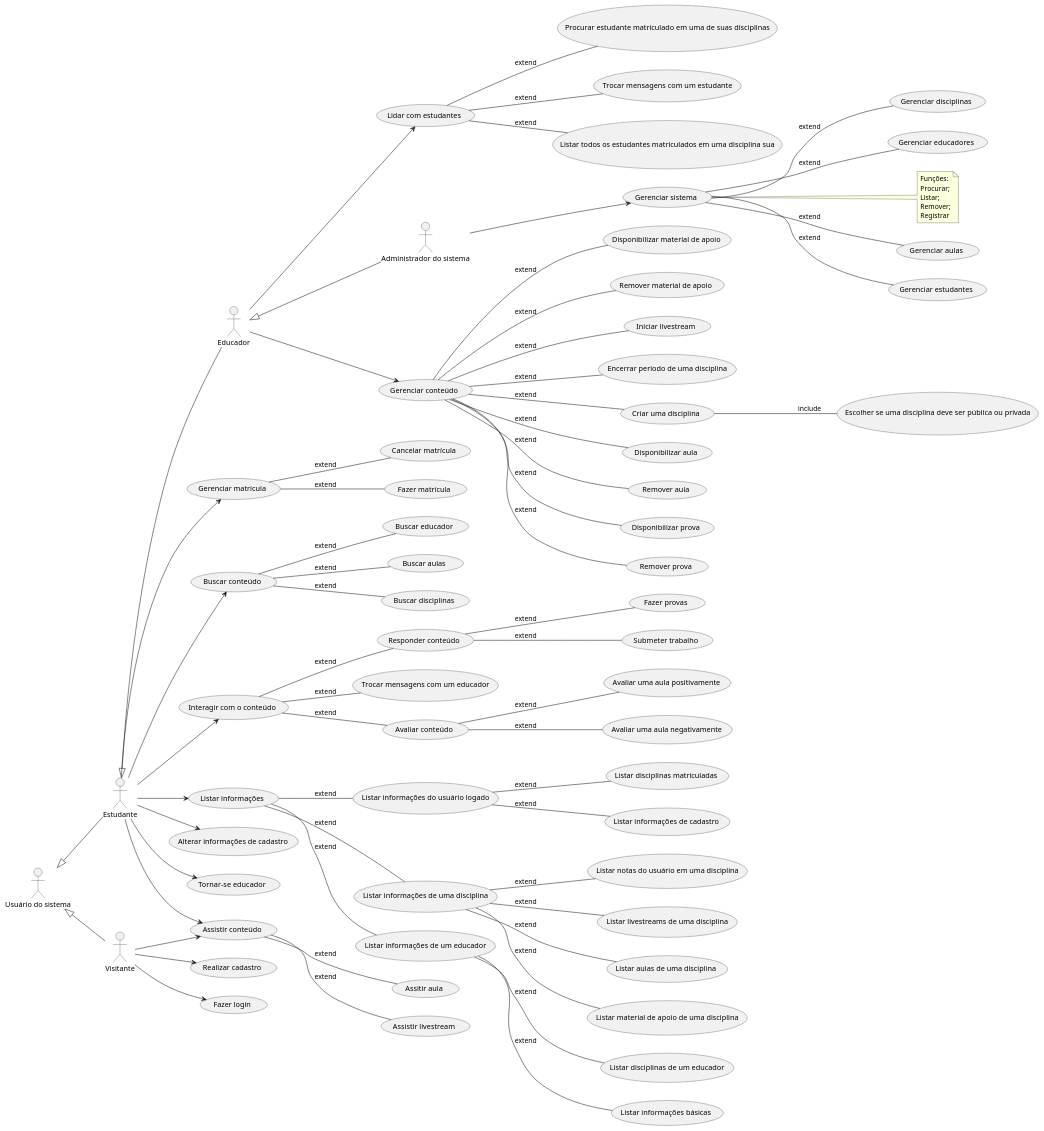
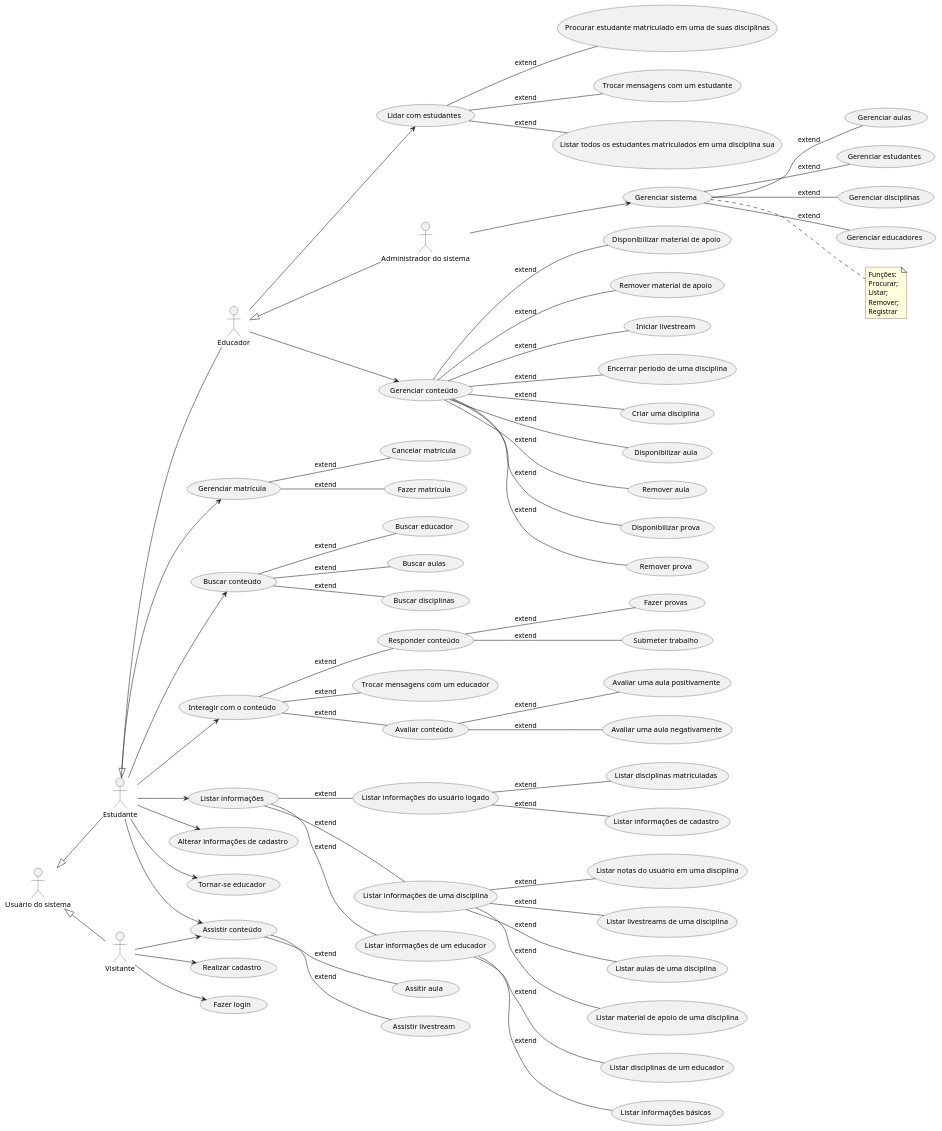
Before and after one commit to lucasg-mm/ensinet: the diagram in casos_de_uso/diagram.plantuml, drawn with PlantUML. The commit also changed 1 other file, not shown here.

Commit message:
Remove caso de uso 'escolher se deve se disciplina deve ser publica ou privada'

```diff
--- a/casos_de_uso/diagram.plantuml
+++ b/casos_de_uso/diagram.plantuml
@@ -1,151 +1,149 @@
 @startuml casos_de_uso
 left to right direction
 
 ' --Atores
 actor "Usuário do sistema" as sist_user
 actor "Visitante" as visitor
 actor "Estudante" as student
 actor "Educador" as prof
 actor "Administrador do sistema" as adm 
 
 ' --Heranças
 sist_user <|-- visitor
 sist_user <|-- student
 student <|-- prof
 prof <|-- adm
 
 ' --Casos de uso
 ' Componente de gestão
 usecase "Gerenciar aulas" as UC3
 usecase "Gerenciar estudantes" as UC4
 usecase "Gerenciar disciplinas" as UC6
 usecase "Gerenciar educadores" as UC7
 usecase "Gerenciar sistema" as UC8
-usecase "Escolher se uma disciplina deve ser pública ou privada" as UC9
 usecase "Encerrar período de uma disciplina" as UC11
 
 ' Componente de conteúdo
 usecase "Gerenciar conteúdo" as UC12
 usecase "Criar uma disciplina" as UC13
 usecase "Disponibilizar aula" as UC14
 usecase "Remover aula" as RUC14
 usecase "Disponibilizar prova" as UC15
 usecase "Remover prova" as RUC15
 usecase "Disponibilizar material de apoio" as UC16
 usecase "Remover material de apoio" as RUC16
 usecase "Iniciar livestream" as UC17
 
 ' Componente de usuário
 usecase "Gerenciar matrícula" as UC18
 usecase "Buscar conteúdo" as UC19
 usecase "Assistir conteúdo" as UC20
 usecase "Interagir com o conteúdo" as UC22
 usecase "Listar informações" as UC23
 usecase "Fazer matrícula" as UC24
 usecase "Cancelar matrícula" as UC25
 usecase "Buscar aulas" as UC26
 usecase "Buscar disciplinas" as UC27
 usecase "Buscar educador" as UC28
 usecase "Assitir aula" as UC29
 usecase "Assistir livestream" as UC30
 usecase "Avaliar uma aula positivamente" as UC31
 usecase "Avaliar uma aula negativamente" as UC32
 usecase "Trocar mensagens com um educador" as UC34
 usecase "Fazer provas" as UC35
 usecase "Listar aulas de uma disciplina" as UC36
 usecase "Listar disciplinas de um educador" as UC37
 usecase "Listar disciplinas matriculadas" as UC38
 usecase "Listar material de apoio de uma disciplina" as UC39
 usecase "Listar notas do usuário em uma disciplina" as UCNotas
 usecase "Realizar cadastro" as UC40
 usecase "Lidar com estudantes" as UC43
 usecase "Listar todos os estudantes matriculados em uma disciplina sua" as UC44
 usecase "Procurar estudante matriculado em uma de suas disciplinas" as UC45
 usecase "Trocar mensagens com um estudante" as UC46
 usecase "Avaliar conteúdo" as UC47
 usecase "Responder conteúdo" as UC48
 usecase "Submeter trabalho" as UC49
 usecase "Listar informações de uma disciplina" as UC50
 usecase "Listar informações de um educador" as UC51
 usecase "Listar informações do usuário logado" as UC52
 usecase "Listar livestreams de uma disciplina" as UC53
 usecase "Listar informações básicas" as UC54
 usecase "Listar informações de cadastro" as UC55
 usecase "Alterar informações de cadastro" as UC56
 usecase "Tornar-se educador" as UC57
 usecase "Fazer login" as UC58
 
 ' --Associações
 adm --> UC8
 prof --> UC12
 prof --> UC43
 visitor --> UC40
 visitor --> UC20
 visitor --> UC58
 student --> UC18
 student --> UC19
 student --> UC20
 student --> UC22
 student --> UC23
 student --> UC56
 student --> UC57
 
 ' --Extends e includes
 ' Componente de gestão
 UC8--UC3:extend
 UC8--UC4:extend
 UC8--UC6:extend
 UC8--UC7:extend
-UC13--UC9:include
 UC12--UC11:extend
 
 ' Componente de conteúdo
 UC12--UC13:extend
 UC12--UC14:extend
 UC12--RUC14:extend
 UC12--UC15:extend
 UC12--RUC15:extend
 UC12--UC16:extend
 UC12--RUC16:extend
 UC12--UC17:extend
 
 ' Componente de usuário
 UC18--UC24:extend
 UC18--UC25:extend
 UC19--UC26:extend
 UC19--UC27:extend
 UC19--UC28:extend
 UC20--UC29:extend
 UC20--UC30:extend
 UC22--UC48:extend
 UC22--UC47:extend
 UC22--UC34:extend
 UC23--UC50:extend
 UC23--UC51:extend
 UC23--UC52:extend
 UC43--UC44:extend
 UC43--UC45:extend
 UC43--UC46:extend
 UC47--UC31:extend
 UC47--UC32:extend
 UC48--UC35:extend
 UC48--UC49:extend
 UC50--UC39:extend
 UC50--UC36:extend
 UC50--UCNotas:extend
 UC50--UC53:extend
 UC51--UC37:extend
 UC51--UC54:extend
 UC52--UC38:extend
 UC52--UC55:extend
 
 ' --Observações
 note right of UC8
 Funções: 
 Procurar;
 Listar;
 Remover;
 Registrar
 endnote
 
 @enduml
```
